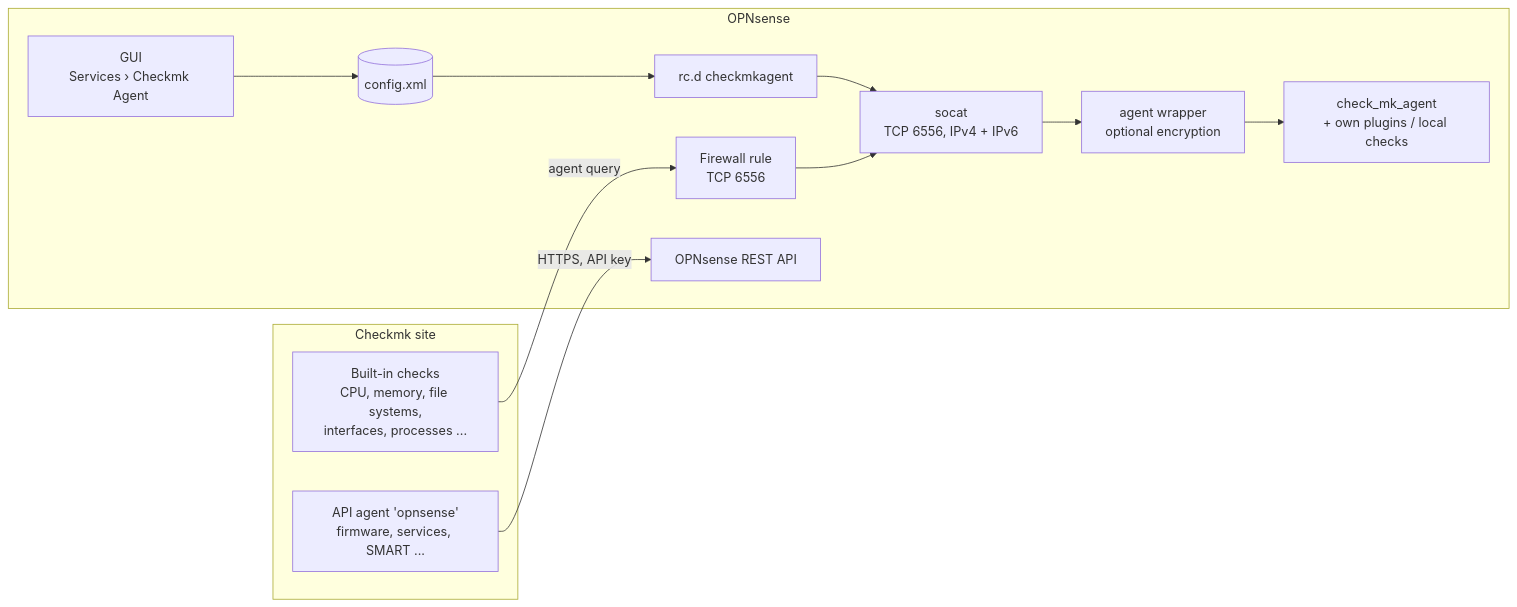
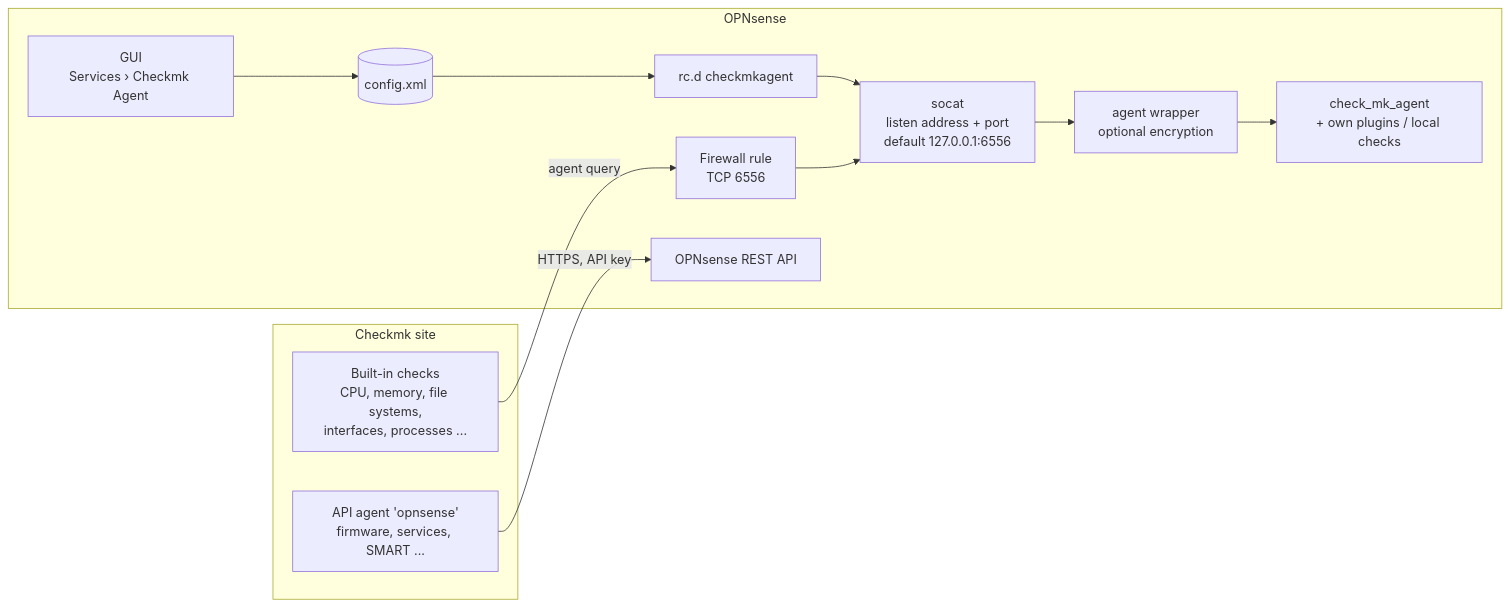
One commit to doctore74/opnsense_checkmk_agent changed the diagram in README.md. Above: the diagram before and after it, drawn with Mermaid. The commit also changed other lines of this file and 15 other files, not shown here.

First line of the commit message:
docs: listen address, port and high availability

````diff
--- a/README.md
+++ b/README.md
@@ -43,22 +45,22 @@
 ```mermaid
 flowchart LR
     subgraph OPN["OPNsense"]
         GUI["GUI<br/>Services › Checkmk Agent"]
         CFG[("config.xml")]
         RC["rc.d checkmkagent"]
         FW["Firewall rule<br/>TCP 6556"]
-        SOCAT["socat<br/>TCP 6556, IPv4 + IPv6"]
+        SOCAT["socat<br/>listen address + port<br/>default 127.0.0.1:6556"]
         WRAP["agent wrapper<br/>optional encryption"]
         AGENT["check_mk_agent<br/>+ own plugins / local checks"]
         API["OPNsense REST API"]
         GUI --> CFG --> RC --> SOCAT --> WRAP --> AGENT
     end
 
     subgraph CMK["Checkmk site"]
         BUILTIN["Built-in checks<br/>CPU, memory, file systems,<br/>interfaces, processes ..."]
         SPECIAL["API agent 'opnsense'<br/>firmware, services, SMART ..."]
     end
 
     BUILTIN -- "agent query" --> FW --> SOCAT
     SPECIAL -- "HTTPS, API key" --> API
 ```
````
